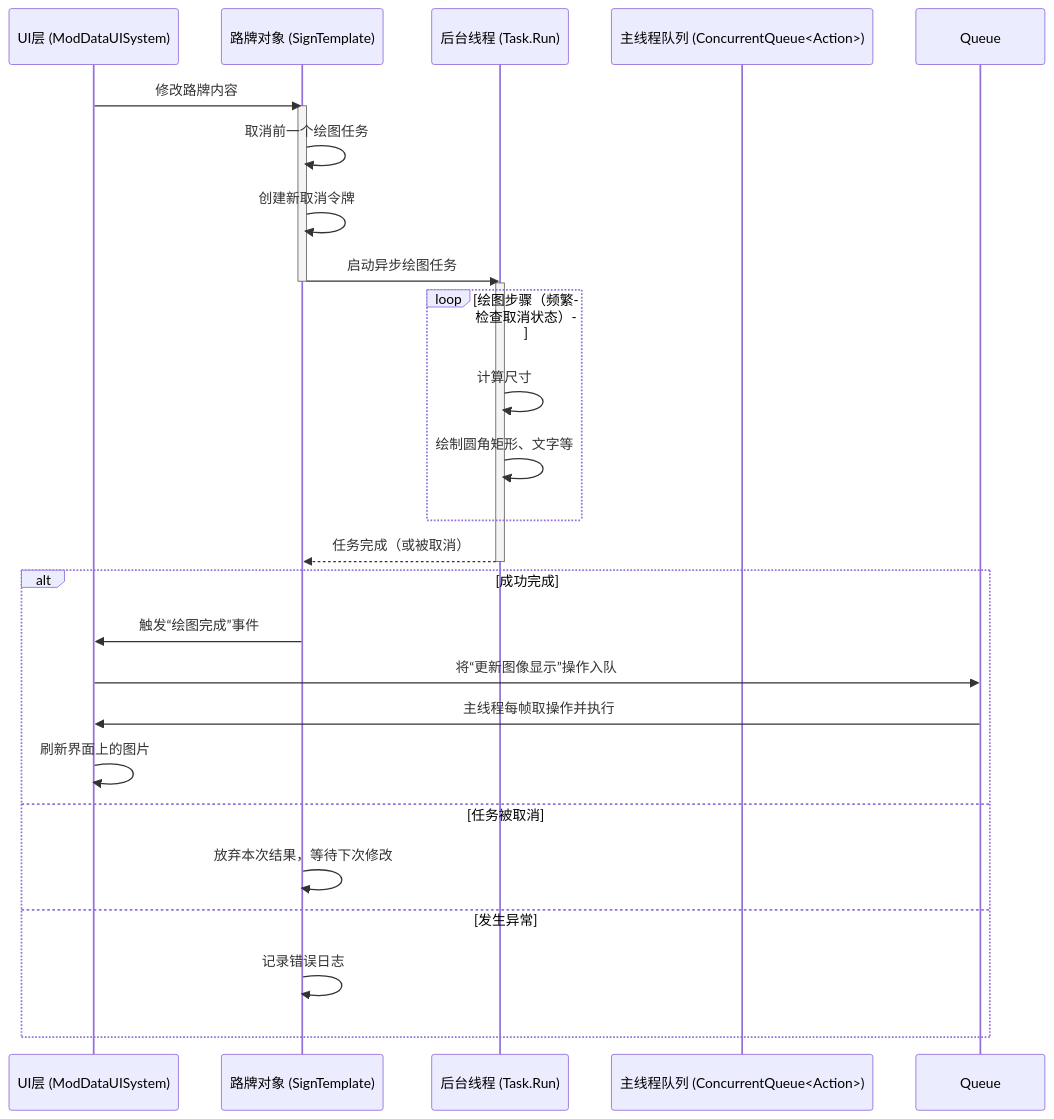
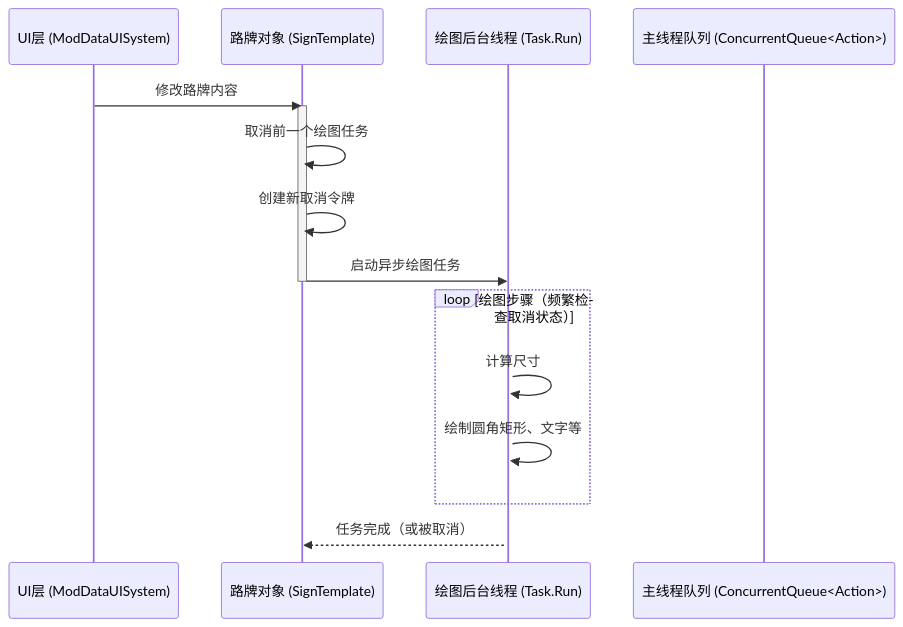
Before and after one commit to 67-99/67-99.github.io: the second of 2 diagrams in project/sign-generator/content/develop.md, drawn with Mermaid.

Commit message:
Test mermaid sequence with less code

````diff
--- a/project/sign-generator/content/develop.md
+++ b/project/sign-generator/content/develop.md
@@ -110,31 +110,19 @@
 ```mermaid
 sequenceDiagram
 participant UI as UI层 (ModDataUISystem)
 participant Sign as 路牌对象 (SignTemplate)
-participant Task as 后台线程 (Task.Run)
+participant Task as 绘图后台线程 (Task.Run)
 participant MainThread as 主线程队列 (ConcurrentQueue<Action>)
 UI->>Sign: 修改路牌内容
 activate Sign
 Sign->>Sign: 取消前一个绘图任务
 Sign->>Sign: 创建新取消令牌
 Sign->>Task: 启动异步绘图任务
 deactivate Sign
 activate Task
 loop 绘图步骤（频繁检查取消状态）
     Task->>Task: 计算尺寸
     Task->>Task: 绘制圆角矩形、文字等
 end
 Task-->>Sign: 任务完成（或被取消）
-deactivate Task
-alt 成功完成
-    Sign->>UI: 触发“绘图完成”事件
-    UI->>Queue: 将“更新图像显示”操作入队
-    Queue->>UI: 主线程每帧取操作并执行
-    UI->>UI: 刷新界面上的图片
-else 任务被取消
-    Sign->>Sign: 放弃本次结果，等待下次修改
-else 发生异常
-    Sign->>Sign: 记录错误日志;
-
-end
 ```
````
